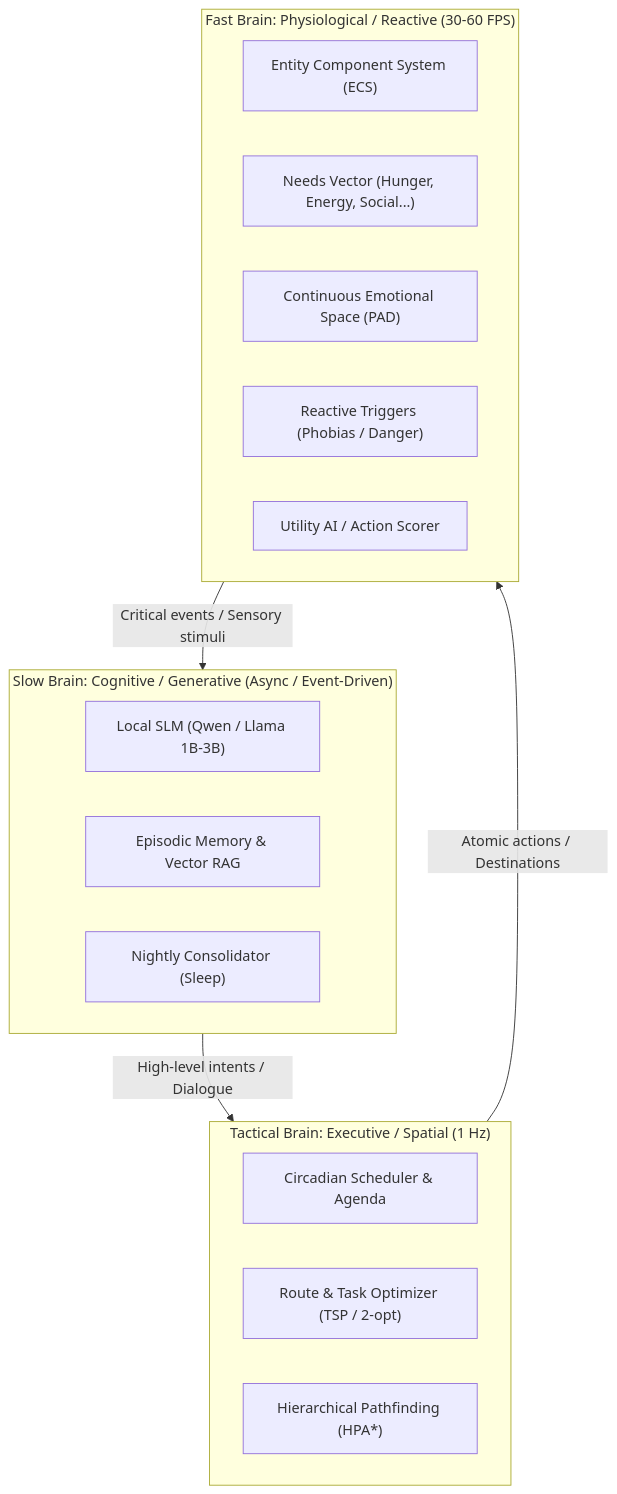
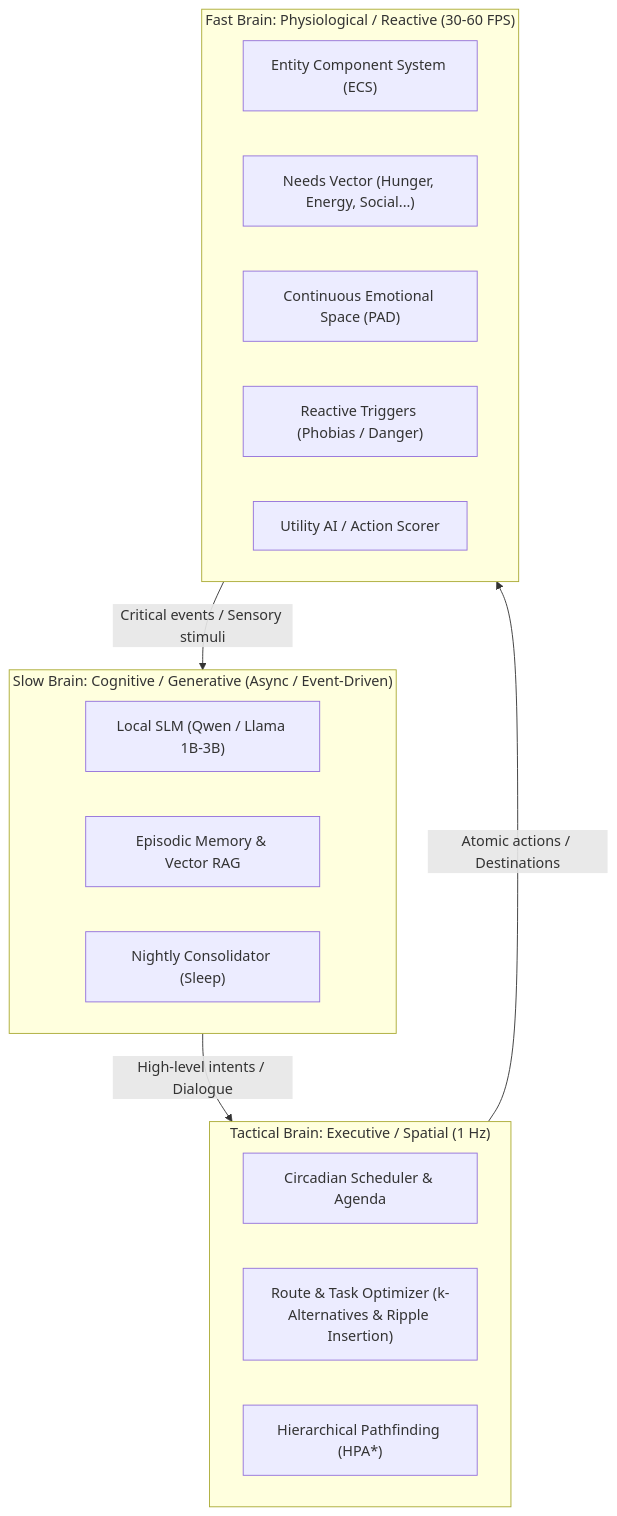
One commit to mcarbonell/sentient-npc-architecture changed the diagram in README.md. Above: the diagram before and after it, drawn with Mermaid. The commit also changed other lines of this file and 3 other files, not shown here.

Commit message:
docs: add system architecture, spatial AI, and MVP village implementation documentation and update README

````diff
--- a/README.md
+++ b/README.md
@@ -29,26 +29,26 @@
 ```mermaid
 graph TD
     subgraph CognitiveLayer ["Slow Brain: Cognitive / Generative (Async / Event-Driven)"]
         LLM["Local SLM (Qwen / Llama 1B-3B)"]
         EpisodicMemory["Episodic Memory & Vector RAG"]
         Consolidation["Nightly Consolidator (Sleep)"]
     end
 
     subgraph ExecutiveLayer ["Tactical Brain: Executive / Spatial (1 Hz)"]
         Agenda["Circadian Scheduler & Agenda"]
-        TSP["Route & Task Optimizer (TSP / 2-opt)"]
+        TSP["Route & Task Optimizer (k-Alternatives & Ripple Insertion)"]
         HPA["Hierarchical Pathfinding (HPA*)"]
     end
 
     subgraph ReactiveLayer ["Fast Brain: Physiological / Reactive (30-60 FPS)"]
         ECS["Entity Component System (ECS)"]
         Needs["Needs Vector (Hunger, Energy, Social...)"]
         Emotions["Continuous Emotional Space (PAD)"]
         Phobias["Reactive Triggers (Phobias / Danger)"]
         UtilityAI["Utility AI / Action Scorer"]
     end
 
     CognitiveLayer -->|"High-level intents / Dialogue"| ExecutiveLayer
     ExecutiveLayer -->|"Atomic actions / Destinations"| ReactiveLayer
     ReactiveLayer -->|"Critical events / Sensory stimuli"| CognitiveLayer
 ```
````
